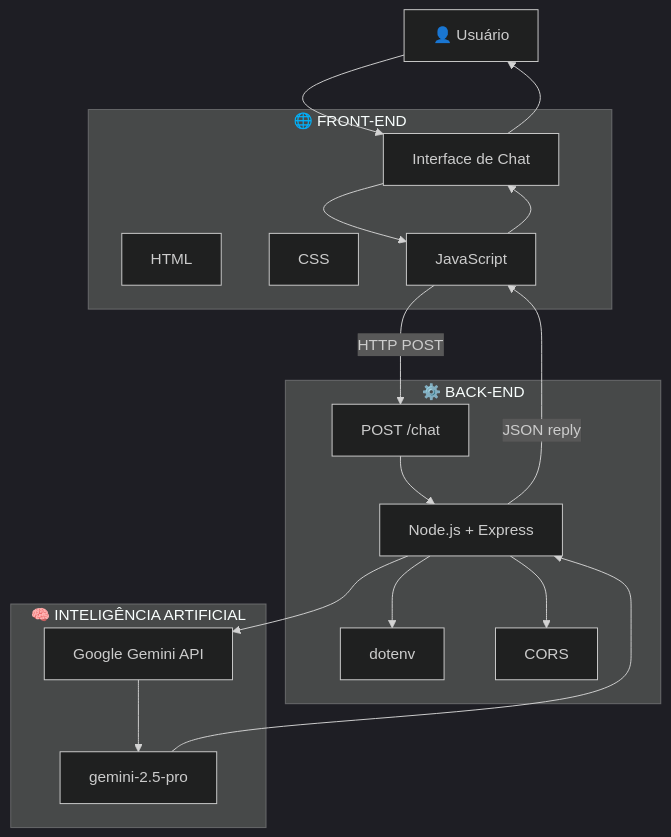
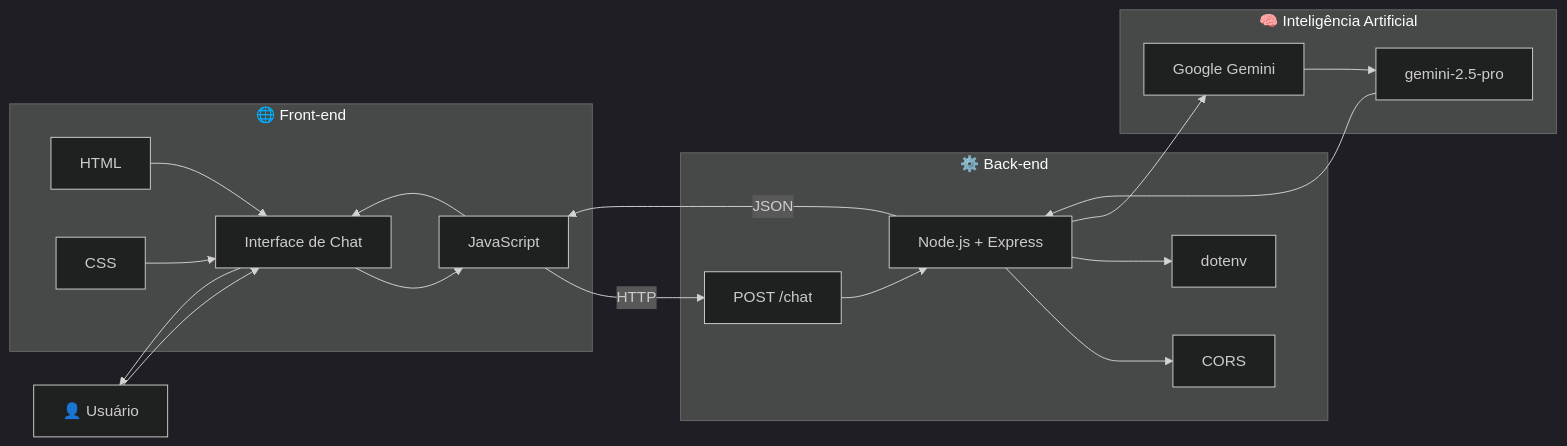
The first of 2 diagrams in README.md (MiqueiasNves/ampara-1), drawn with Mermaid (dark theme) before and after one commit. The commit also changed other lines of this file, not shown here.

````diff
--- a/README.md
+++ b/README.md
@@ -247,37 +242,41 @@
 ```mermaid
-flowchart TB
+flowchart LR
 
     USER["👤 Usuário"]
 
-    subgraph FRONT["🌐 FRONT-END"]
+    subgraph FRONT["🌐 Front-end"]
         HTML["HTML"]
         CSS["CSS"]
         JS["JavaScript"]
         CHAT["Interface de Chat"]
     end
 
-    subgraph BACK["⚙️ BACK-END"]
+    subgraph BACK["⚙️ Back-end"]
         EXPRESS["Node.js + Express"]
-        ROUTE["POST /chat"]
-        ENV["dotenv"]
         CORS["CORS"]
+        DOTENV["dotenv"]
+        CHATAPI["POST /chat"]
     end
 
-    subgraph AI["🧠 INTELIGÊNCIA ARTIFICIAL"]
-        GEMINI["Google Gemini API"]
+    subgraph AI["🧠 Inteligência Artificial"]
+        GEMINI["Google Gemini"]
         MODEL["gemini-2.5-pro"]
     end
 
     USER --> CHAT
     CHAT --> JS
-    JS -->|HTTP POST| ROUTE
-    ROUTE --> EXPRESS
+    HTML --> CHAT
+    CSS --> CHAT
+
+    JS -->|HTTP| CHATAPI
+    CHATAPI --> EXPRESS
     EXPRESS --> CORS
-    EXPRESS --> ENV
+    EXPRESS --> DOTENV
     EXPRESS --> GEMINI
     GEMINI --> MODEL
+
     MODEL --> EXPRESS
-    EXPRESS -->|JSON reply| JS
+    EXPRESS -->|JSON| JS
     JS --> CHAT
     CHAT --> USER
 ```
````
